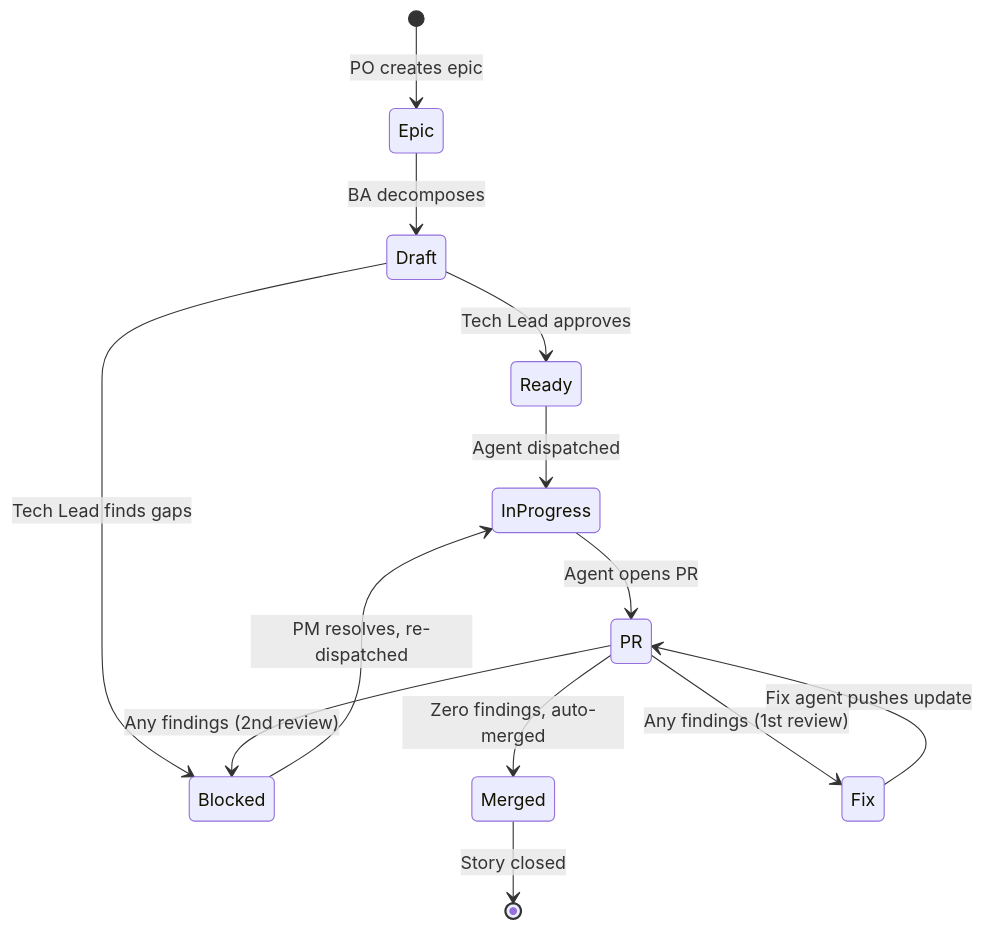
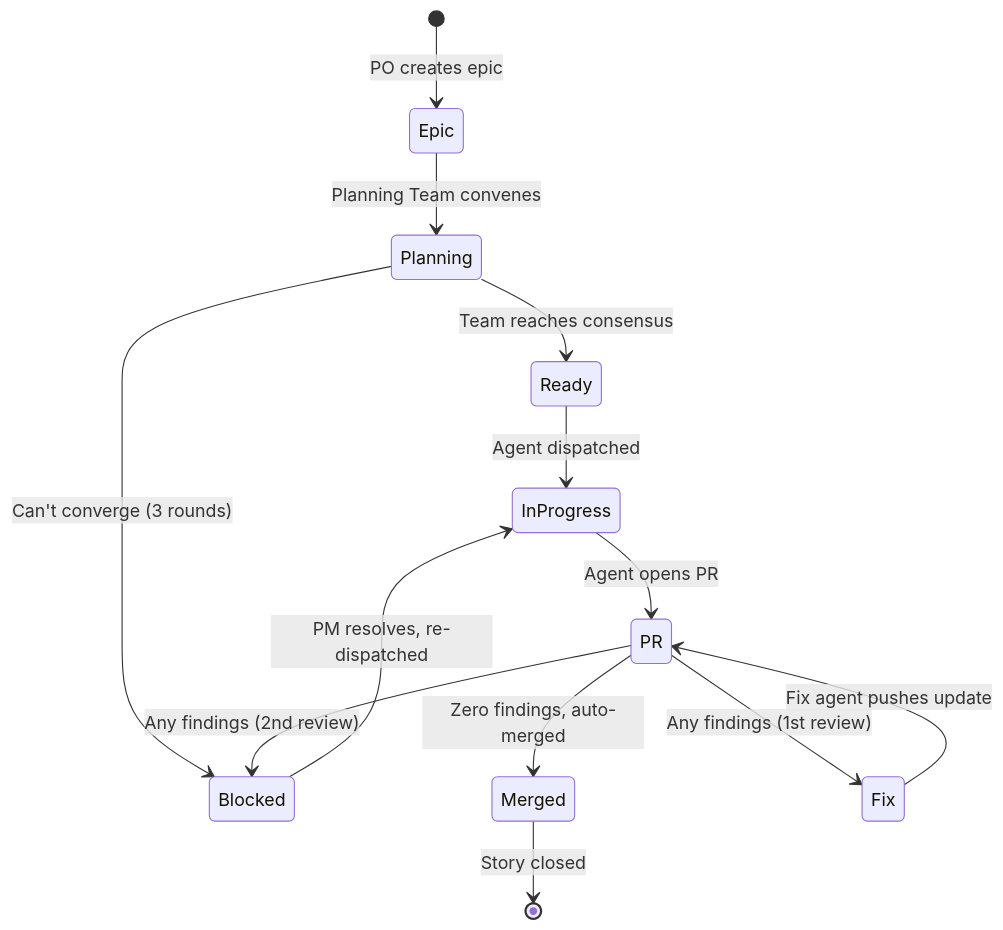
One commit to cfg-is/cfgms changed the second of 3 diagrams in docs/development/autonomous-dev-team.md. Above: the diagram before and after it, drawn with Mermaid. The commit also changed other lines of this file and 5 other files, not shown here.

First line of the commit message:
workflow: convert planning phase to collaborative team model

````diff
--- a/docs/development/autonomous-dev-team.md
+++ b/docs/development/autonomous-dev-team.md
@@ -98,15 +106,15 @@
 ```mermaid
 stateDiagram-v2
     [*] --> Epic: PO creates epic
-    Epic --> Draft: BA decomposes
-    Draft --> Ready: Tech Lead approves
-    Draft --> Blocked: Tech Lead finds gaps
+    Epic --> Planning: Planning Team convenes
+    Planning --> Ready: Team reaches consensus
+    Planning --> Blocked: Can't converge (3 rounds)
     Ready --> InProgress: Agent dispatched
     InProgress --> PR: Agent opens PR
     PR --> Merged: Zero findings, auto-merged
     PR --> Fix: Any findings (1st review)
     Fix --> PR: Fix agent pushes update
     PR --> Blocked: Any findings (2nd review)
     Blocked --> InProgress: PM resolves, re-dispatched
     Merged --> [*]: Story closed
 ```
````
